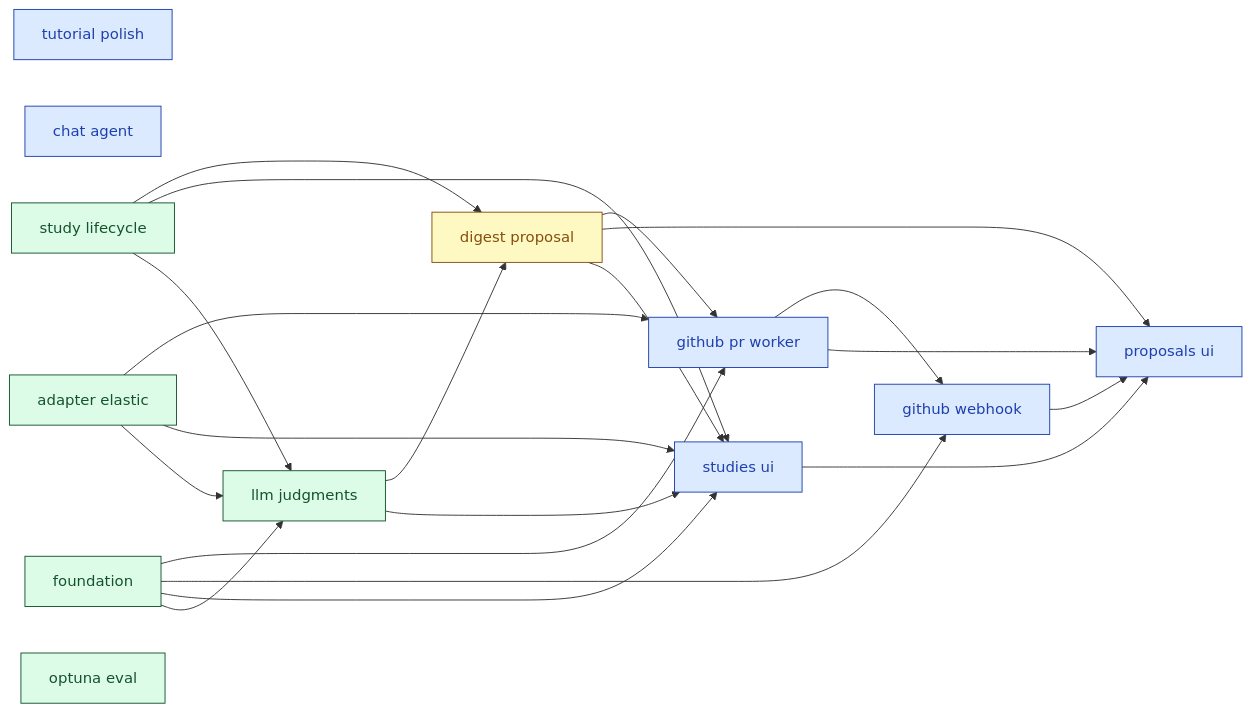
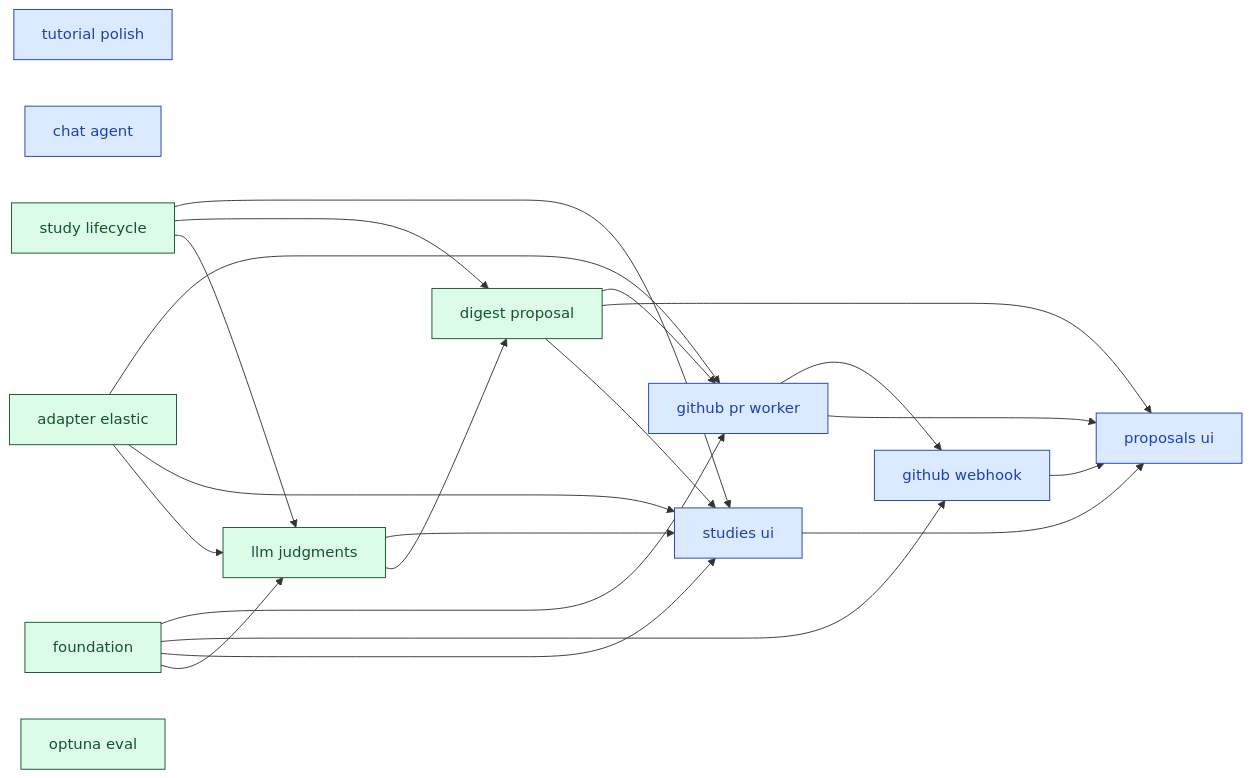
The diagram in docs/00_overview/MVP1_DASHBOARD.md (SoundMindsAI/relyloop), drawn with Mermaid before and after one commit. The commit also changed other lines of this file and 6 other files, not shown here.

First line of the commit message:
docs: finalize feat_digest_proposal (move to implemented_features, refresh state.md) (#42)

````diff
--- a/docs/00_overview/MVP1_DASHBOARD.md
+++ b/docs/00_overview/MVP1_DASHBOARD.md
@@ -71,51 +70,51 @@
 ```mermaid
 graph LR
   classDef done fill:#dcfce7,stroke:#14532d,color:#14532d;
   classDef implement fill:#ffedd5,stroke:#9a3412,color:#9a3412;
   classDef plan fill:#fef9c3,stroke:#854d0e,color:#854d0e;
   classDef spec fill:#dbeafe,stroke:#1e40af,color:#1e40af;
   classDef idea fill:#f1f5f9,stroke:#334155,color:#334155;
   chore_tutorial_polish["tutorial polish"]
   class chore_tutorial_polish spec;
   feat_chat_agent["chat agent"]
   class feat_chat_agent spec;
-  feat_digest_proposal["digest proposal"]
-  class feat_digest_proposal plan;
   feat_github_pr_worker["github pr worker"]
   class feat_github_pr_worker spec;
   feat_github_webhook["github webhook"]
   class feat_github_webhook spec;
   feat_proposals_ui["proposals ui"]
   class feat_proposals_ui spec;
   feat_studies_ui["studies ui"]
   class feat_studies_ui spec;
   infra_foundation["foundation"]
   class infra_foundation done;
   feat_study_lifecycle["study lifecycle"]
   class feat_study_lifecycle done;
   infra_adapter_elastic["adapter elastic"]
   class infra_adapter_elastic done;
   infra_optuna_eval["optuna eval"]
   class infra_optuna_eval done;
+  feat_digest_proposal["digest proposal"]
+  class feat_digest_proposal done;
   feat_llm_judgments["llm judgments"]
   class feat_llm_judgments done;
-  feat_study_lifecycle --> feat_digest_proposal
-  feat_llm_judgments --> feat_digest_proposal
   infra_foundation --> feat_github_pr_worker
   infra_adapter_elastic --> feat_github_pr_worker
   feat_digest_proposal --> feat_github_pr_worker
   infra_foundation --> feat_github_webhook
   feat_github_pr_worker --> feat_github_webhook
   feat_studies_ui --> feat_proposals_ui
   feat_digest_proposal --> feat_proposals_ui
   feat_github_pr_worker --> feat_proposals_ui
   feat_github_webhook --> feat_proposals_ui
   infra_foundation --> feat_studies_ui
   feat_study_lifecycle --> feat_studies_ui
   feat_digest_proposal --> feat_studies_ui
   feat_llm_judgments --> feat_studies_ui
   infra_adapter_elastic --> feat_studies_ui
+  feat_study_lifecycle --> feat_digest_proposal
+  feat_llm_judgments --> feat_digest_proposal
   infra_foundation --> feat_llm_judgments
   infra_adapter_elastic --> feat_llm_judgments
   feat_study_lifecycle --> feat_llm_judgments
 ```
````
